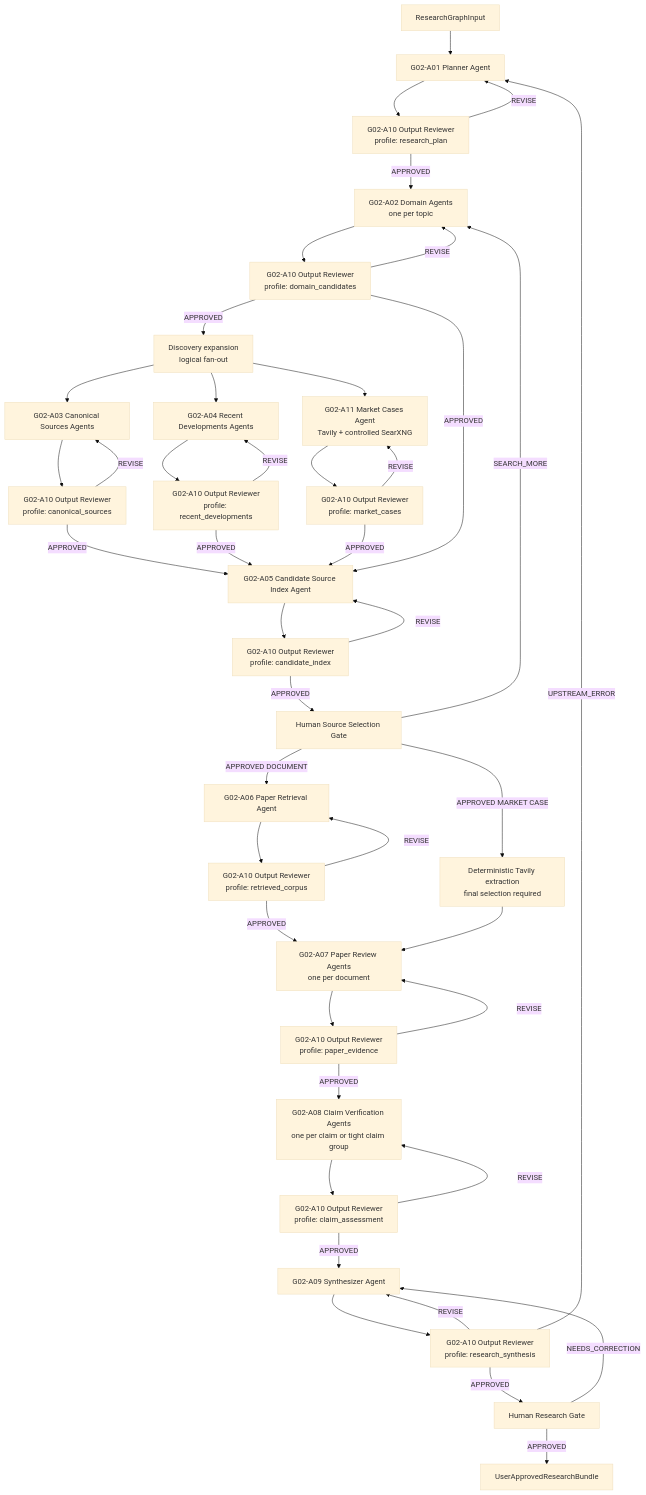
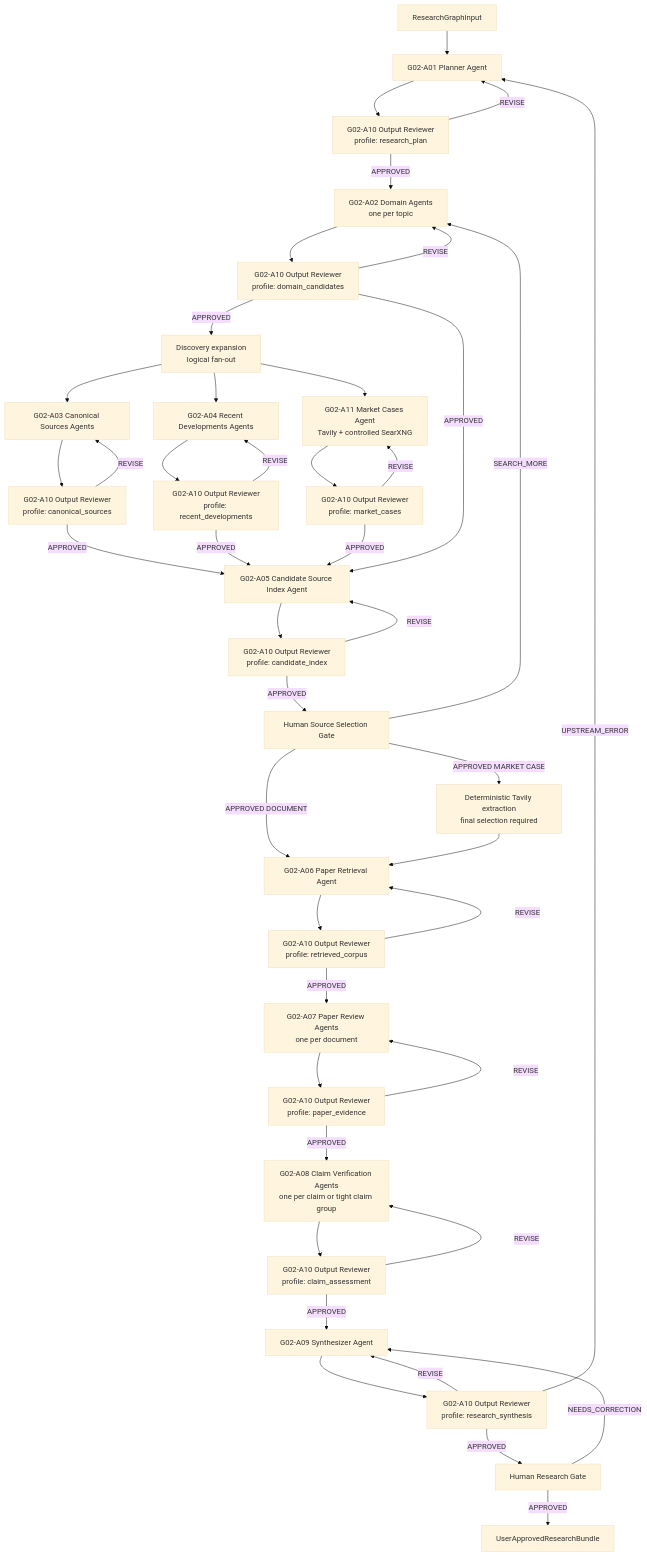
Before and after one commit to masterhudini/EduMaterialsAgents: the diagram in docs/02_Architektura_agentow_i_skilli.md, drawn with Mermaid (base theme). The commit also changed other lines of this file and 31 other files, not shown here.

````diff
--- a/docs/02_Architektura_agentow_i_skilli.md
+++ b/docs/02_Architektura_agentow_i_skilli.md
@@ -5,54 +5,54 @@
 ```mermaid
 flowchart TD
     IN["ResearchGraphInput"] --> RP["G02-A01 Planner Agent"]
     RP --> RV1["G02-A10 Output Reviewer\nprofile: research_plan"]
     RV1 -->|REVISE| RP
     RV1 -->|APPROVED| DR["G02-A02 Domain Agents\none per topic"]
 
     DR --> RV2["G02-A10 Output Reviewer\nprofile: domain_candidates"]
     RV2 -->|REVISE| DR
     RV2 -->|APPROVED| EXP["Discovery expansion\nlogical fan-out"]
 
     EXP --> CS["G02-A03 Canonical Sources Agents"]
     EXP --> RD["G02-A04 Recent Developments Agents"]
     EXP --> MC["G02-A11 Market Cases Agent\nTavily + controlled SearXNG"]
     CS --> RV3["G02-A10 Output Reviewer\nprofile: canonical_sources"]
     RD --> RV4["G02-A10 Output Reviewer\nprofile: recent_developments"]
     MC --> RVMC["G02-A10 Output Reviewer\nprofile: market_cases"]
     RV3 -->|REVISE| CS
     RV4 -->|REVISE| RD
     RVMC -->|REVISE| MC
 
     RV3 -->|APPROVED| IDX["G02-A05 Candidate Source Index Agent"]
     RV4 -->|APPROVED| IDX
     RVMC -->|APPROVED| IDX
     RV2 -->|APPROVED| IDX
 
     IDX --> RV5["G02-A10 Output Reviewer\nprofile: candidate_index"]
     RV5 -->|REVISE| IDX
     RV5 -->|APPROVED| HG1["Human Source Selection Gate"]
     HG1 -->|SEARCH_MORE| DR
     HG1 -->|APPROVED DOCUMENT| PR["G02-A06 Paper Retrieval Agent"]
     HG1 -->|APPROVED MARKET CASE| WEX["Deterministic Tavily extraction\nfinal selection required"]
 
     PR --> RV6["G02-A10 Output Reviewer\nprofile: retrieved_corpus"]
     RV6 -->|REVISE| PR
     RV6 -->|APPROVED| PRA["G02-A07 Paper Review Agents\none per document"]
-    WEX --> PRA
+    WEX --> PR
 
     PRA --> RV7["G02-A10 Output Reviewer\nprofile: paper_evidence"]
     RV7 -->|REVISE| PRA
     RV7 -->|APPROVED| CV["G02-A08 Claim Verification Agents\none per claim or tight claim group"]
 
     CV --> RV8["G02-A10 Output Reviewer\nprofile: claim_assessment"]
     RV8 -->|REVISE| CV
     RV8 -->|APPROVED| RS["G02-A09 Synthesizer Agent"]
 
     RS --> RV9["G02-A10 Output Reviewer\nprofile: research_synthesis"]
     RV9 -->|REVISE| RS
     RV9 -->|UPSTREAM_ERROR| RP
     RV9 -->|APPROVED| HG2["Human Research Gate"]
 
     HG2 -->|NEEDS_CORRECTION| RS
     HG2 -->|APPROVED| OUT["UserApprovedResearchBundle"]
 ```
````
